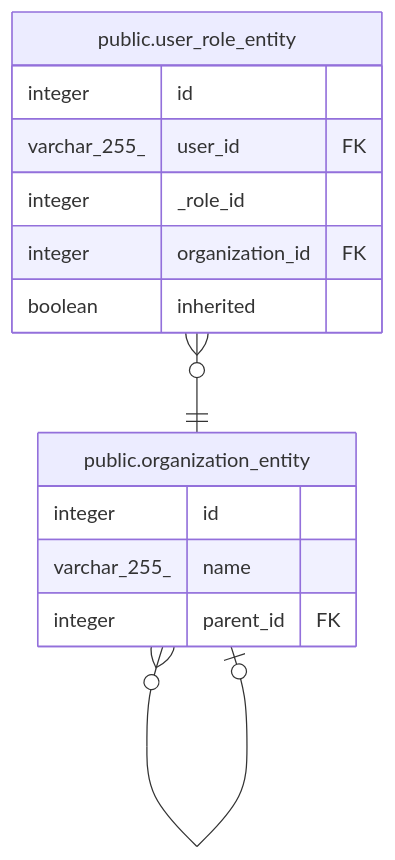
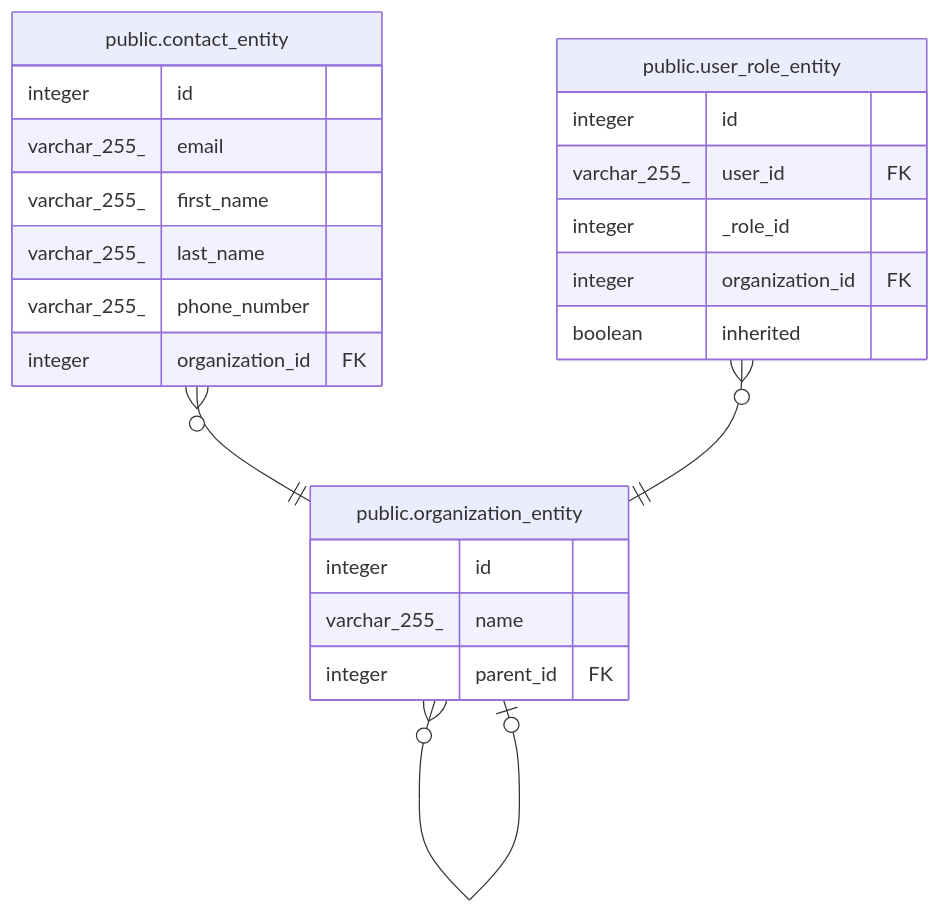
The diagram in doc/schema/public.organization_entity.md (gpo/grassroots), drawn with Mermaid before and after one commit. The commit also changed other lines of this file and 4 other files, not shown here.

````diff
--- a/doc/schema/public.organization_entity.md
+++ b/doc/schema/public.organization_entity.md
@@ -28,19 +28,28 @@
 ```mermaid
 erDiagram
 
 "public.organization_entity" }o--o| "public.organization_entity" : ""
+"public.contact_entity" }o--|| "public.organization_entity" : ""
 "public.user_role_entity" }o--|| "public.organization_entity" : ""
 
 "public.organization_entity" {
   integer id
   varchar_255_ name
   integer parent_id FK
+}
+"public.contact_entity" {
+  integer id
+  varchar_255_ email
+  varchar_255_ first_name
+  varchar_255_ last_name
+  varchar_255_ phone_number
+  integer organization_id FK
 }
 "public.user_role_entity" {
   integer id
   varchar_255_ user_id FK
   integer _role_id
   integer organization_id FK
   boolean inherited
 }
 ```
````
